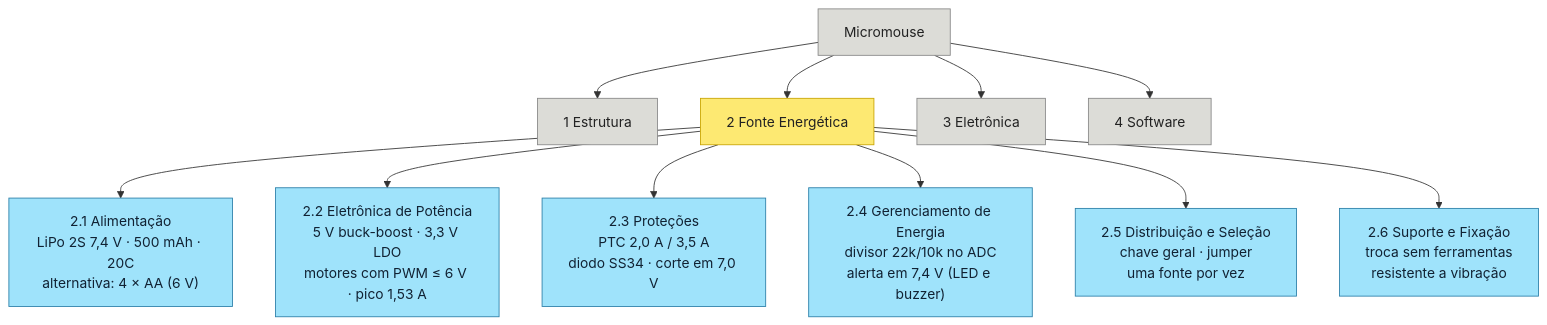
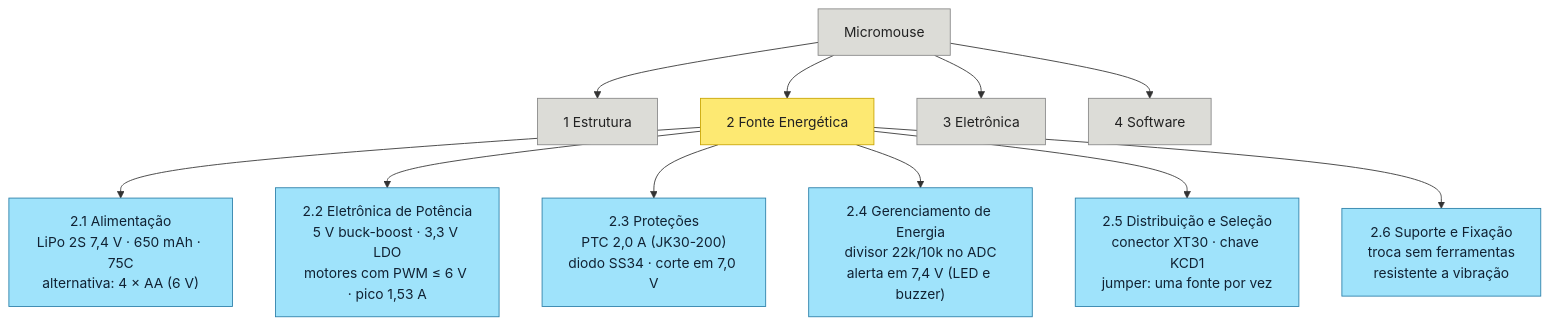
One commit to fcte-pi1/2026_2_PI1_Grupo01_Juliana changed the diagram in docs/3 - EAP.md. Above: the diagram before and after it, drawn with Mermaid. The commit also changed other lines of this file and 4 other files, not shown here.

````diff
--- a/docs/3 - EAP.md
+++ b/docs/3 - EAP.md
@@ -38,19 +38,19 @@
 ```mermaid
 flowchart TD
     M["Micromouse"] --> E1["1 Estrutura"]
     M --> E2["2 Fonte Energética"]
     M --> E3["3 Eletrônica"]
     M --> E4["4 Software"]
-    E2 --> A["2.1 Alimentação<br/>LiPo 2S 7,4 V · 500 mAh · 20C<br/>alternativa: 4 × AA (6 V)"]
+    E2 --> A["2.1 Alimentação<br/>LiPo 2S 7,4 V · 650 mAh · 75C<br/>alternativa: 4 × AA (6 V)"]
     E2 --> B["2.2 Eletrônica de Potência<br/>5 V buck-boost · 3,3 V LDO<br/>motores com PWM ≤ 6 V · pico 1,53 A"]
-    E2 --> C["2.3 Proteções<br/>PTC 2,0 A / 3,5 A<br/>diodo SS34 · corte em 7,0 V"]
+    E2 --> C["2.3 Proteções<br/>PTC 2,0 A (JK30-200)<br/>diodo SS34 · corte em 7,0 V"]
     E2 --> D["2.4 Gerenciamento de Energia<br/>divisor 22k/10k no ADC<br/>alerta em 7,4 V (LED e buzzer)"]
-    E2 --> F["2.5 Distribuição e Seleção<br/>chave geral · jumper<br/>uma fonte por vez"]
+    E2 --> F["2.5 Distribuição e Seleção<br/>conector XT30 · chave KCD1<br/>jumper: uma fonte por vez"]
     E2 --> G["2.6 Suporte e Fixação<br/>troca sem ferramentas<br/>resistente a vibração"]
     classDef pai fill:#dcdcd7,stroke:#888,color:#222
     classDef foco fill:#fde972,stroke:#c9a400,color:#222
     classDef item fill:#9fe3fb,stroke:#2b7fa8,color:#123
     class M,E1,E3,E4 pai
     class E2 foco
     class A,B,C,D,F,G item
 ```
````
